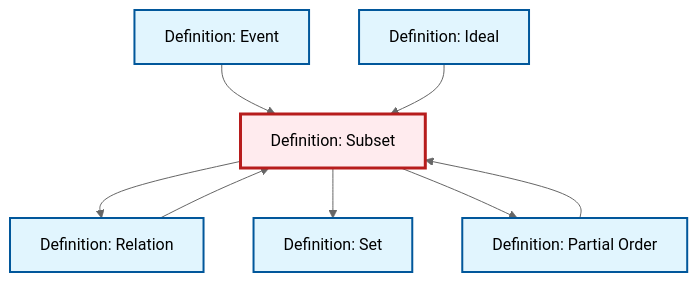
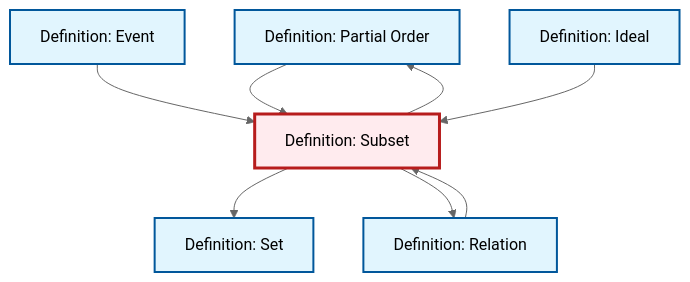
One commit to RK0429/ModernMath changed the diagram in content/en/logic-set-theory/def-subset.qmd. Above: the diagram before and after it, drawn with Mermaid (neutral theme). The commit also changed other lines of this file and 597 other files, not shown here.

````diff
--- a/content/en/logic-set-theory/def-subset.qmd
+++ b/content/en/logic-set-theory/def-subset.qmd
@@ -51,28 +51,28 @@
 ```{mermaid}
 %%| fig-cap: "Local dependency graph"
 graph TD
     classDef definition fill:#e1f5fe,stroke:#01579b,stroke-width:2px
     classDef theorem fill:#f3e5f5,stroke:#4a148c,stroke-width:2px
     classDef axiom fill:#fff3e0,stroke:#e65100,stroke-width:2px
     classDef example fill:#e8f5e9,stroke:#1b5e20,stroke-width:2px
     classDef current fill:#ffebee,stroke:#b71c1c,stroke-width:3px
+    def-partial-order["Definition: Partial Order"]:::definition
     def-subset["Definition: Subset"]:::definition
+    def-ideal["Definition: Ideal"]:::definition
+    def-set["Definition: Set"]:::definition
     def-event["Definition: Event"]:::definition
-    def-partial-order["Definition: Partial Order"]:::definition
-    def-ideal["Definition: Ideal"]:::definition
     def-relation["Definition: Relation"]:::definition
-    def-set["Definition: Set"]:::definition
+    def-subset --> def-set
+    def-relation --> def-subset
     def-subset --> def-relation
-    def-subset --> def-set
-    def-event --> def-subset
     def-subset --> def-partial-order
     def-partial-order --> def-subset
+    def-event --> def-subset
     def-ideal --> def-subset
-    def-relation --> def-subset
     class def-subset current
-    click def-event "def-event.html" "Go to Event definition"
     click def-partial-order "def-partial-order.html" "Go to Partial Order definition"
     click def-ideal "def-ideal.html" "Go to Ideal definition"
+    click def-set "def-set.html" "Go to Set definition"
+    click def-event "def-event.html" "Go to Event definition"
     click def-relation "def-relation.html" "Go to Relation definition"
-    click def-set "def-set.html" "Go to Set definition"
 ```
````
